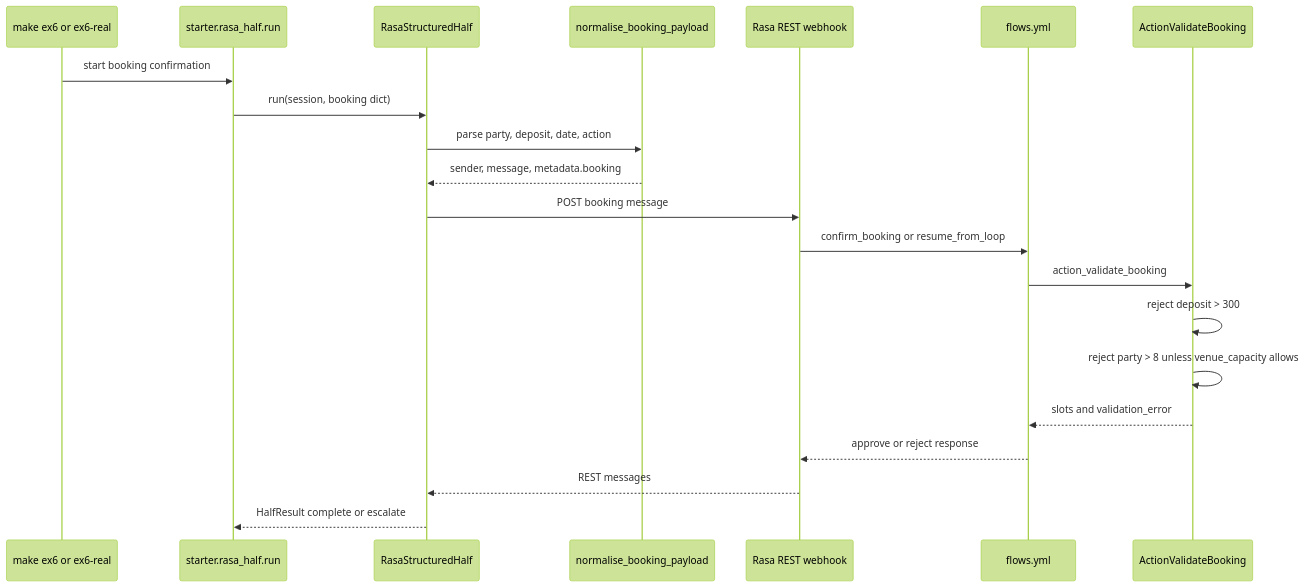
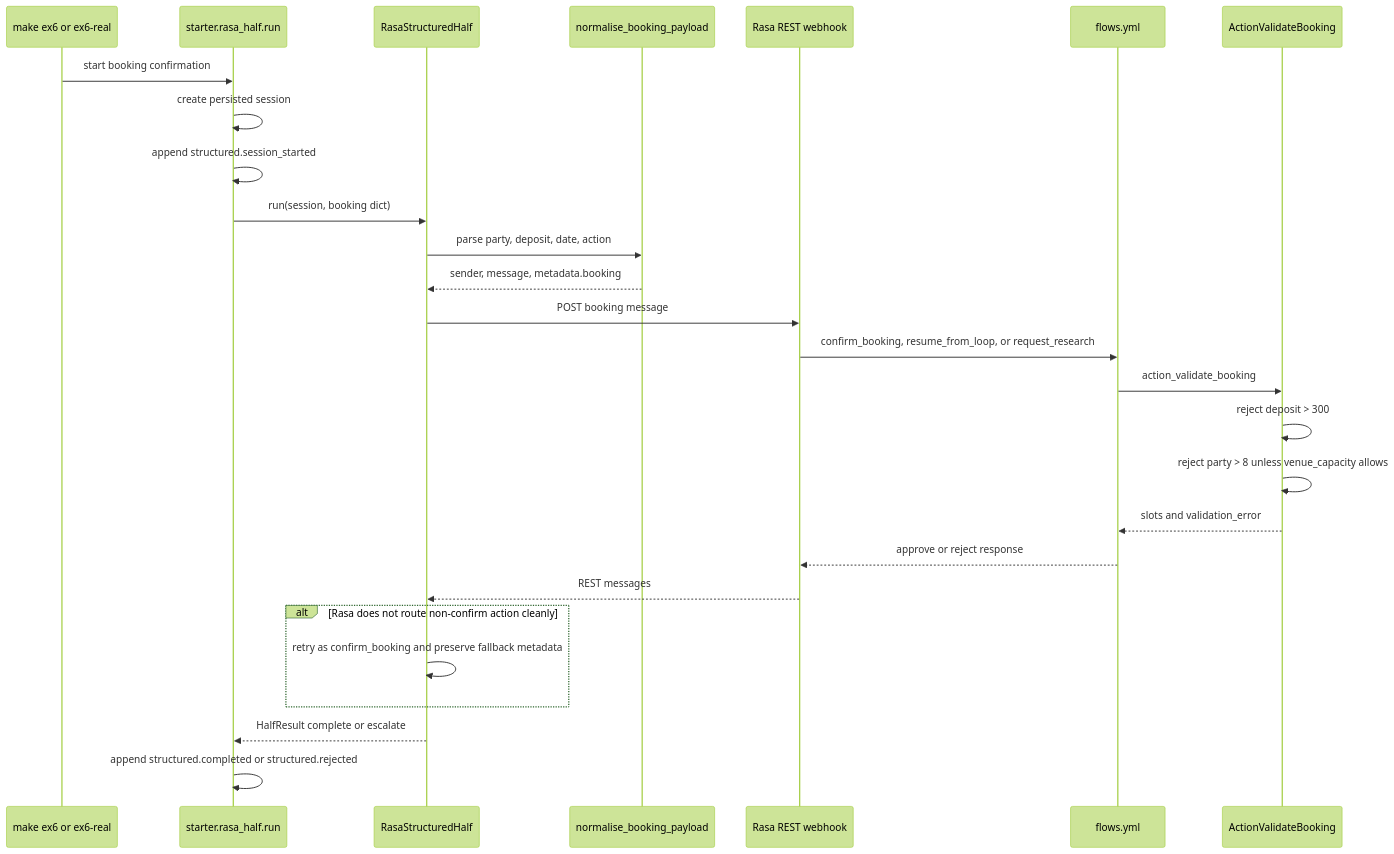
One commit to khab40/homework-pub-booking changed the diagram in docs/architecture/ex6-rasa-structured-half.md. Above: the diagram before and after it, drawn with Mermaid (forest theme). The commit also changed other lines of this file and 121 other files, not shown here.

````diff
--- a/docs/architecture/ex6-rasa-structured-half.md
+++ b/docs/architecture/ex6-rasa-structured-half.md
@@ -11,24 +12,30 @@
 ```mermaid
 sequenceDiagram
     participant Make as make ex6 or ex6-real
     participant Run as starter.rasa_half.run
     participant Half as RasaStructuredHalf
     participant Validator as normalise_booking_payload
     participant Rasa as Rasa REST webhook
     participant Flow as flows.yml
     participant Action as ActionValidateBooking
 
     Make->>Run: start booking confirmation
+    Run->>Run: create persisted session
+    Run->>Run: append structured.session_started
     Run->>Half: run(session, booking dict)
     Half->>Validator: parse party, deposit, date, action
     Validator-->>Half: sender, message, metadata.booking
     Half->>Rasa: POST booking message
-    Rasa->>Flow: confirm_booking or resume_from_loop
+    Rasa->>Flow: confirm_booking, resume_from_loop, or request_research
     Flow->>Action: action_validate_booking
     Action->>Action: reject deposit > 300
     Action->>Action: reject party > 8 unless venue_capacity allows
     Action-->>Flow: slots and validation_error
     Flow-->>Rasa: approve or reject response
     Rasa-->>Half: REST messages
+    alt Rasa does not route non-confirm action cleanly
+        Half->>Half: retry as confirm_booking and preserve fallback metadata
+    end
     Half-->>Run: HalfResult complete or escalate
+    Run->>Run: append structured.completed or structured.rejected
 ```
````
